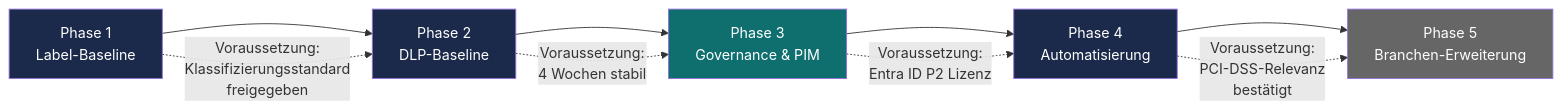
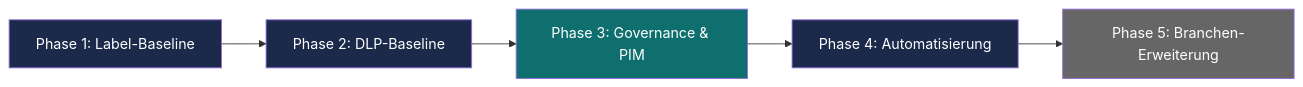
The fourth of 10 diagrams in Roadmap/Visualisierungen.md (WeissiEfficiency/Purview), drawn with Mermaid before and after one commit. The commit also changed other lines of this file, not shown here.

Commit message:
Roadmap: Visualisierungen ueberarbeitet - technische Fehler behoben, RACI als Tabelle, klarere Layouts

````diff
--- a/Roadmap/Visualisierungen.md
+++ b/Roadmap/Visualisierungen.md
@@ -74,18 +71,13 @@
 ```mermaid
 flowchart LR
-    P1["Phase 1<br/>Label-Baseline"] --> P2["Phase 2<br/>DLP-Baseline"]
-    P2 --> P3["Phase 3<br/>Governance & PIM"]
-    P3 --> P4["Phase 4<br/>Automatisierung"]
-    P4 --> P5["Phase 5<br/>Branchen-Erweiterung"]
-
-    P1 -.->|"Voraussetzung:<br/>Klassifizierungsstandard<br/>freigegeben"| P2
-    P2 -.->|"Voraussetzung:<br/>4 Wochen stabil"| P3
-    P3 -.->|"Voraussetzung:<br/>Entra ID P2 Lizenz"| P4
-    P4 -.->|"Voraussetzung:<br/>PCI-DSS-Relevanz<br/>bestätigt"| P5
+    P1["Phase 1: Label-Baseline"] --> P2["Phase 2: DLP-Baseline"]
+    P2 --> P3["Phase 3: Governance & PIM"]
+    P3 --> P4["Phase 4: Automatisierung"]
+    P4 --> P5["Phase 5: Branchen-Erweiterung"]
 
     style P1 fill:#1b2a4a,color:#fff
     style P2 fill:#1b2a4a,color:#fff
     style P3 fill:#0f6f6f,color:#fff
     style P4 fill:#1b2a4a,color:#fff
     style P5 fill:#666,color:#fff
 ```
````
